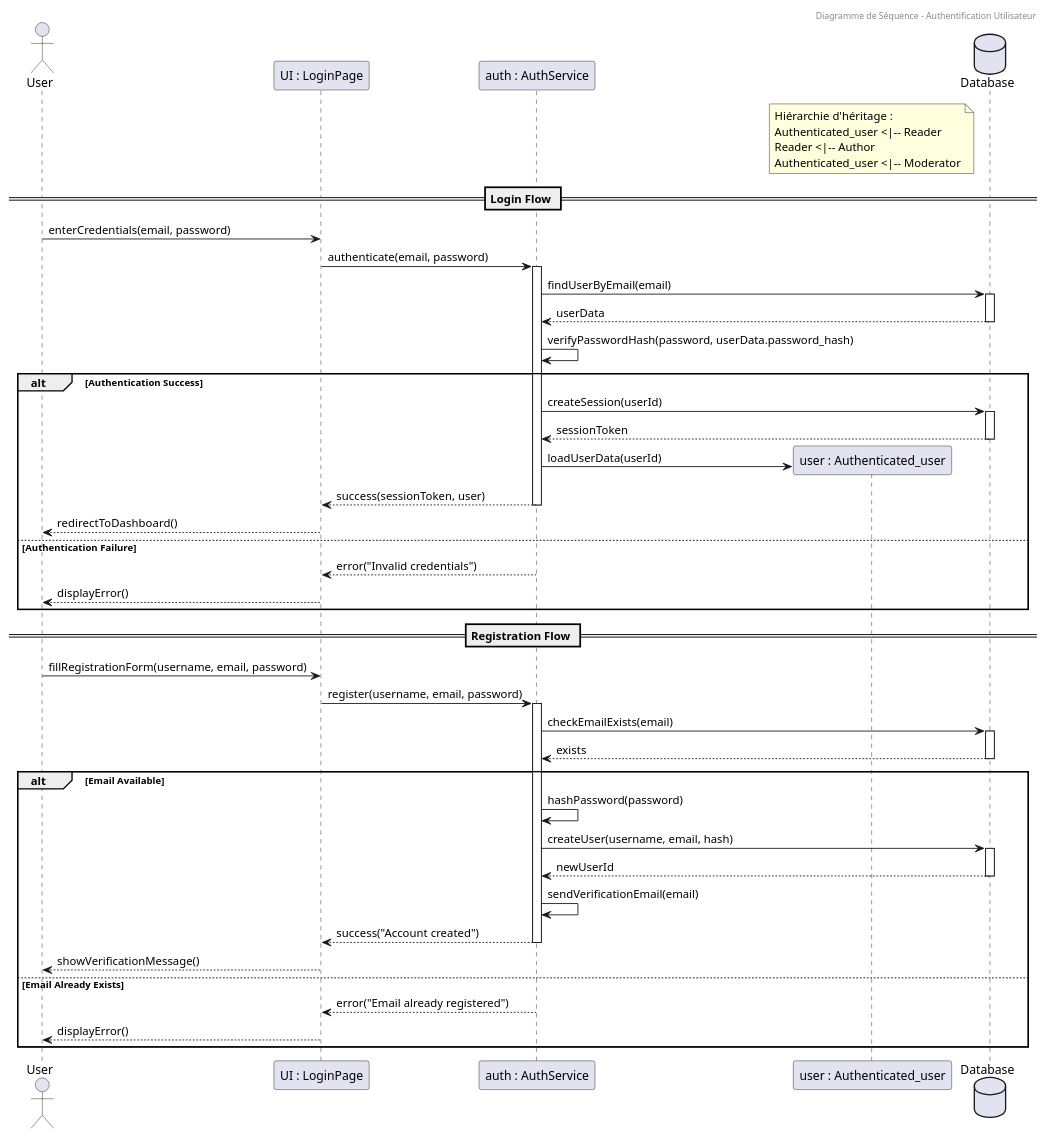
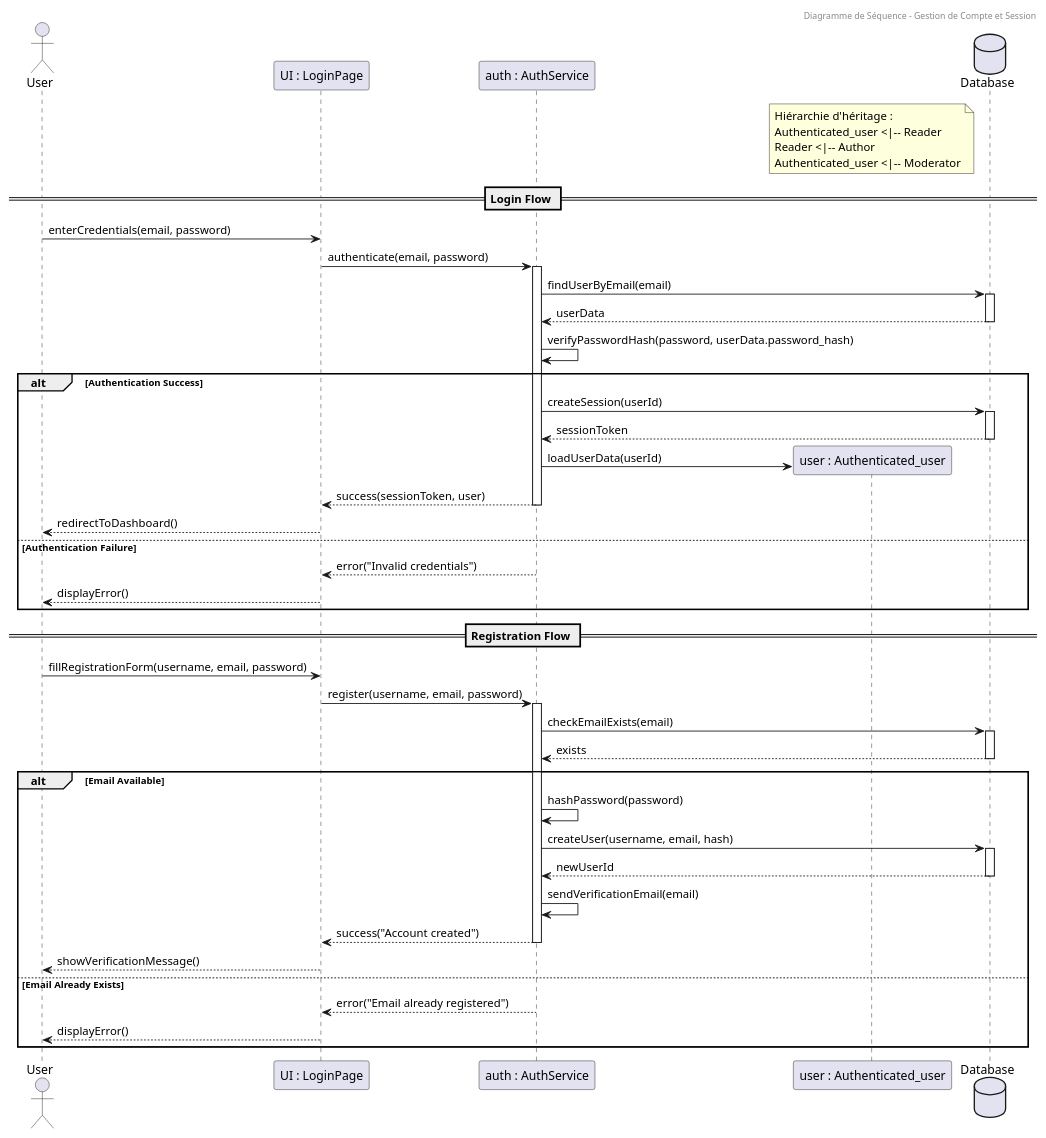
One commit to matthieuzajac/UML_project changed the diagram in src/Sequence/authentication.wsd. Above: the diagram before and after it, drawn with PlantUML. The commit also changed 11 other files, not shown here.

Commit message:
Simplify use case diagram and align diagram titles

```diff
--- a/src/Sequence/authentication.wsd
+++ b/src/Sequence/authentication.wsd
@@ -1,75 +1,75 @@
 @startuml sequence diagram authentication
-header Diagramme de Séquence - Authentification Utilisateur
+header Diagramme de Séquence - Gestion de Compte et Session
 actor User as U
 participant "UI : LoginPage" as UI
 participant "auth : AuthService" as AUTH
 participant "user : Authenticated_user" as USER
 database "Database" as DB
 
 note over USER
   Hiérarchie d'héritage :
   Authenticated_user <|-- Reader
   Reader <|-- Author
   Authenticated_user <|-- Moderator
 end note
 
 == Login Flow ==
 U -> UI : enterCredentials(email, password)
 UI -> AUTH : authenticate(email, password)
 activate AUTH
 
 AUTH -> DB : findUserByEmail(email)
 activate DB
 DB --> AUTH : userData
 deactivate DB
 
 AUTH -> AUTH : verifyPasswordHash(password, userData.password_hash)
 
 alt Authentication Success
     AUTH -> DB : createSession(userId)
     activate DB
     DB --> AUTH : sessionToken
     deactivate DB
     
     create USER
     AUTH -> USER : loadUserData(userId)
     
     AUTH --> UI : success(sessionToken, user)
     deactivate AUTH
     UI --> U : redirectToDashboard()
     
 else Authentication Failure
     AUTH --> UI : error("Invalid credentials")
     deactivate AUTH
     UI --> U : displayError()
 end
 
 == Registration Flow ==
 U -> UI : fillRegistrationForm(username, email, password)
 UI -> AUTH : register(username, email, password)
 activate AUTH
 
 AUTH -> DB : checkEmailExists(email)
 activate DB
 DB --> AUTH : exists
 deactivate DB
 
 alt Email Available
     AUTH -> AUTH : hashPassword(password)
     AUTH -> DB : createUser(username, email, hash)
     activate DB
     DB --> AUTH : newUserId
     deactivate DB
     
     AUTH -> AUTH : sendVerificationEmail(email)
     AUTH --> UI : success("Account created")
     deactivate AUTH
     UI --> U : showVerificationMessage()
     
 else Email Already Exists
     AUTH --> UI : error("Email already registered")
     deactivate AUTH
     UI --> U : displayError()
 end
 
 @enduml
```
